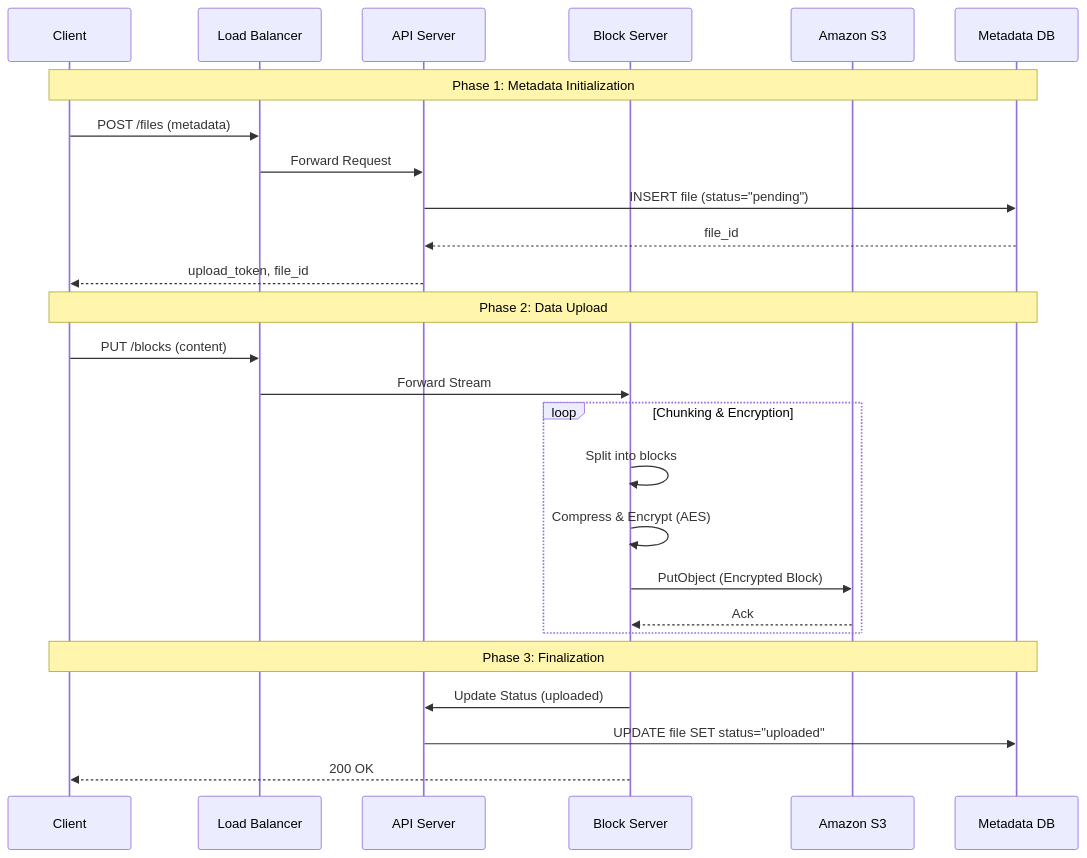
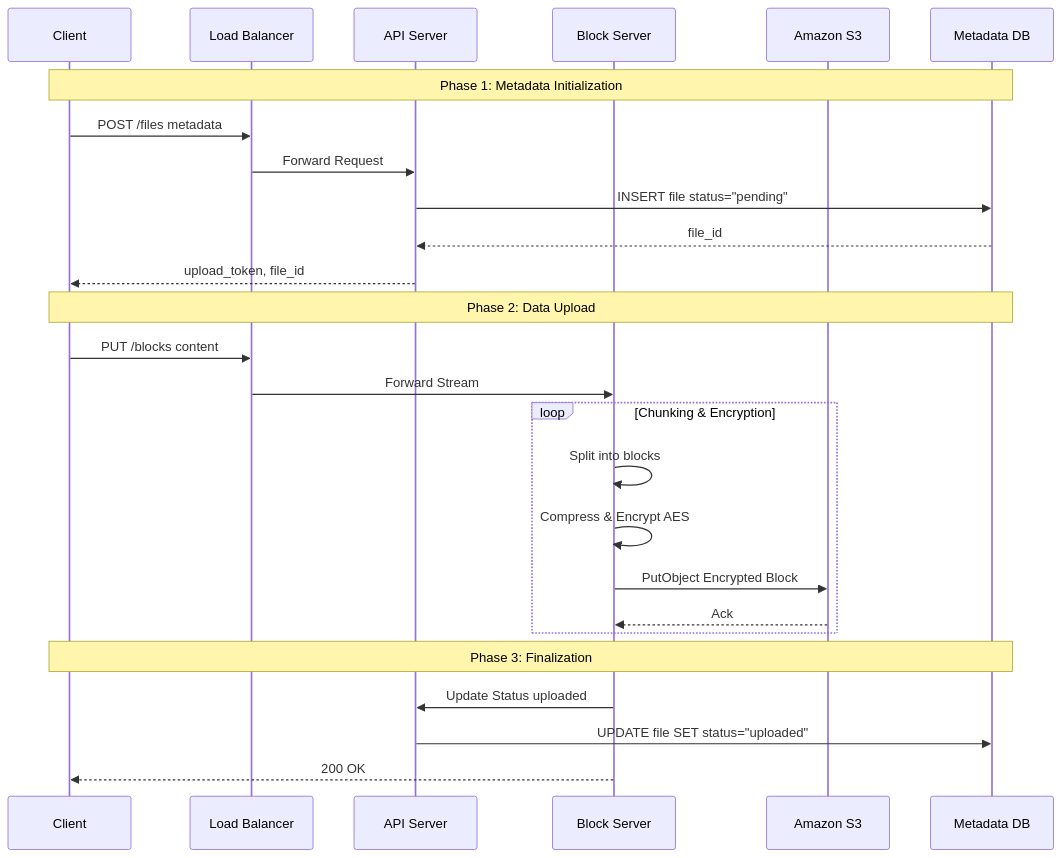
Before and after one commit to paulocer/DesignGoogleDrive: the third of 25 diagrams in docs/experimento/gemini/LLMArchitecture-1.md, drawn with Mermaid. The commit also changed other lines of this file, not shown here.

````diff
--- a/docs/experimento/gemini/LLMArchitecture-1.md
+++ b/docs/experimento/gemini/LLMArchitecture-1.md
@@ -179,31 +179,31 @@
 ```mermaid
 sequenceDiagram
     participant Client
     participant LB as Load Balancer
     participant API as API Server
     participant Block as Block Server
     participant S3 as Amazon S3
     participant DB as Metadata DB
 
     Note over Client, DB: Phase 1: Metadata Initialization
-    Client->>LB: POST /files (metadata)
+    Client->>LB: POST /files metadata
     LB->>API: Forward Request
-    API->>DB: INSERT file (status="pending")
+    API->>DB: INSERT file status="pending"
     DB-->>API: file_id
     API-->>Client: upload_token, file_id
 
     Note over Client, DB: Phase 2: Data Upload
-    Client->>LB: PUT /blocks (content)
+    Client->>LB: PUT /blocks content
     LB->>Block: Forward Stream
     loop Chunking & Encryption
         Block->>Block: Split into blocks
-        Block->>Block: Compress & Encrypt (AES)
-        Block->>S3: PutObject (Encrypted Block)
+        Block->>Block: Compress & Encrypt AES
+        Block->>S3: PutObject Encrypted Block
         S3-->>Block: Ack
     end
 
     Note over Client, DB: Phase 3: Finalization
-    Block->>API: Update Status (uploaded)
+    Block->>API: Update Status uploaded
     API->>DB: UPDATE file SET status="uploaded"
     Block-->>Client: 200 OK
 ```
````
